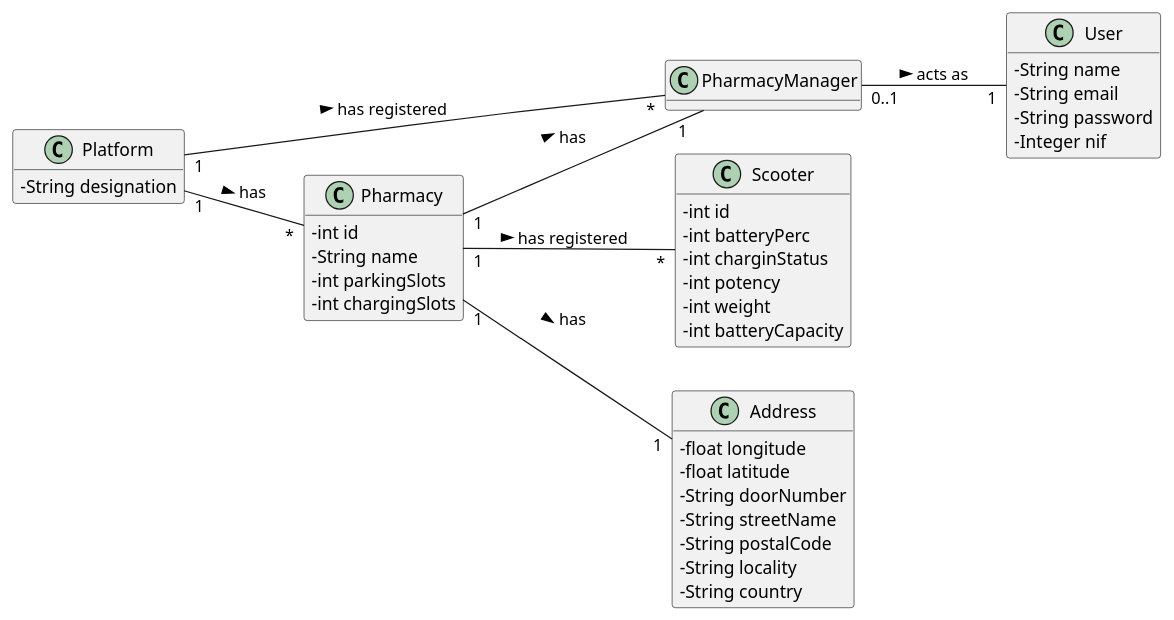
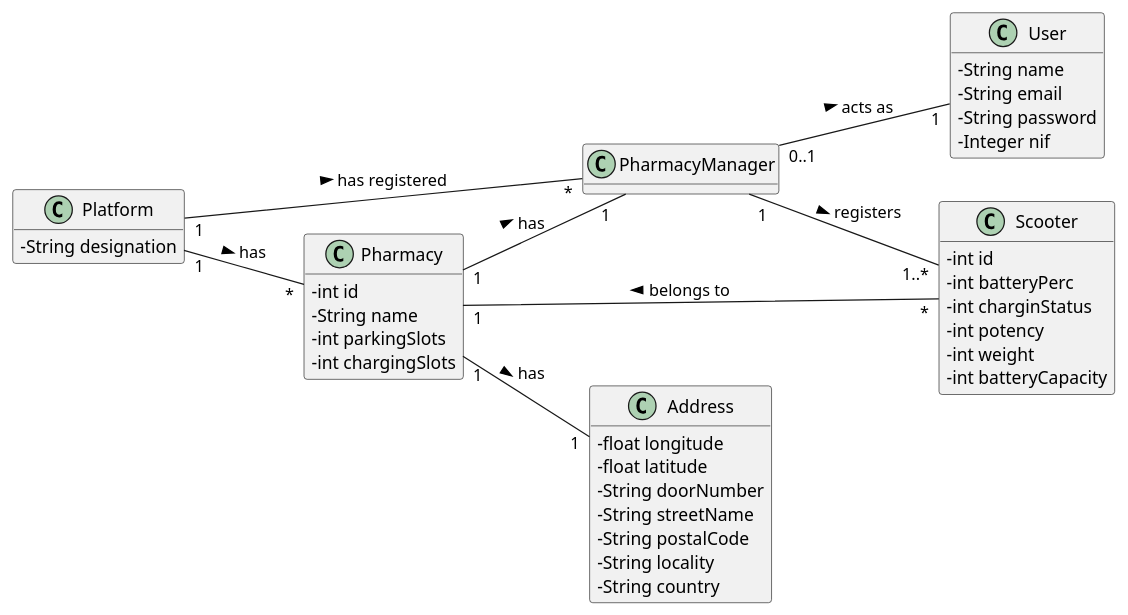
Before and after one commit to tiagoavcosta25/LAPR3: the diagram in docs/Iteration 1/Scooter Management/US32_UpdateScooter/US32_DM.puml, drawn with PlantUML. The commit also changed 3 other files, not shown here.

```diff
--- a/docs/Iteration 1/Scooter Management/US32_UpdateScooter/US32_DM.puml
+++ b/docs/Iteration 1/Scooter Management/US32_UpdateScooter/US32_DM.puml
@@ -1,54 +1,55 @@
 @startuml
 skinparam classAttributeIconSize 0
 hide methods
 left to right direction
 
 class Platform {
   -String designation
 }
 
 class Pharmacy {
   -int id
   -String name
   -int parkingSlots
   -int chargingSlots
 }
 
 class User{
 -   String name
 -   String email
 -   String password
 -   Integer nif
 }
 
 class PharmacyManager {
 }
 
 class Scooter{
   -int id
   -int batteryPerc
   -int charginStatus
   -int potency
   -int weight
   -int batteryCapacity
 }
 
 class Address{
   -float longitude
   -float latitude
   -String doorNumber
   -String streetName
   -String postalCode
   -String locality
   -String country
 }
 
 
 
 Platform "1" -- "*" Pharmacy : has >
 Platform "1" -- "*" PharmacyManager : has registered >
 PharmacyManager "0..1" -- "1" User: acts as >
+PharmacyManager "1" -- "1..*" Scooter : registers >
 Pharmacy "1" -- "1" PharmacyManager : has >
-Pharmacy "1" -- "*" Scooter : has registered >
+Scooter "*" -- "1" Pharmacy : belongs to >
 Pharmacy "1" -- "1" Address : has >
 @enduml
```
